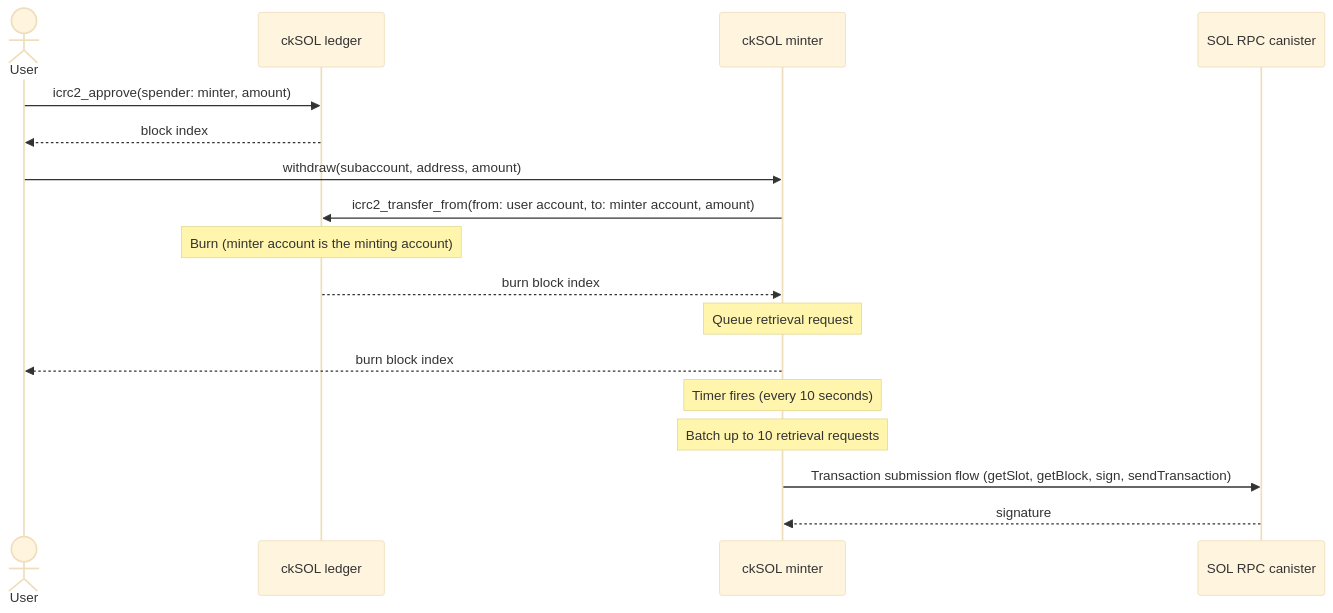
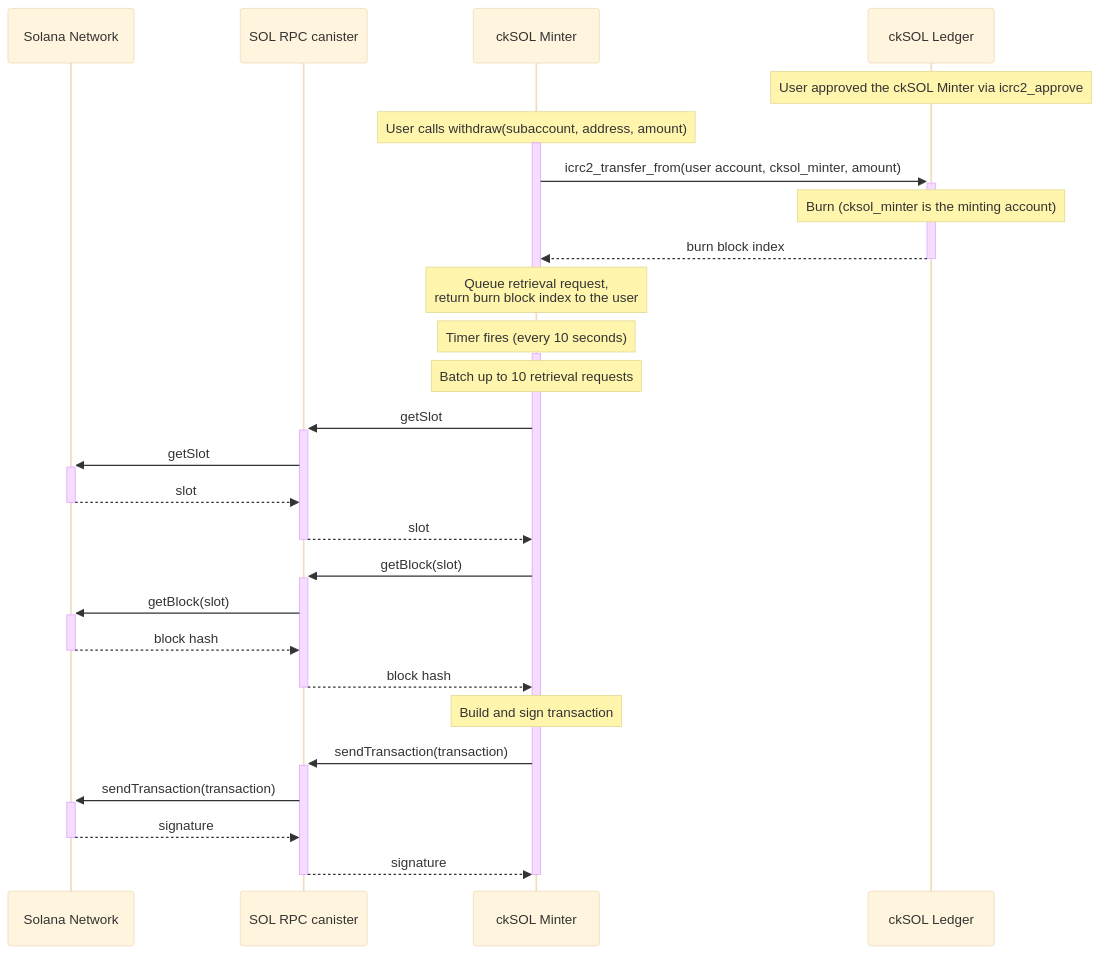
Before and after one commit to dfinity/cksol: the fifth of 7 diagrams in docs/design.md, drawn with Mermaid (base theme).

Commit message:
docs: match the withdrawal flow diagram to the original figure
Claude-Session: https://claude.ai/code/session_01VpFpbJ5sgNutGGJUQ5dmkr

````diff
--- a/docs/design.md
+++ b/docs/design.md
@@ -379,21 +379,34 @@
 ```mermaid
 sequenceDiagram
-    actor User
-    participant Ledger as ckSOL ledger
-    participant Minter as ckSOL minter
+    participant Solana as Solana Network
     participant RPC as SOL RPC canister
+    participant Minter as ckSOL Minter
+    participant Ledger as ckSOL Ledger
 
-    User->>Ledger: icrc2_approve(spender: minter, amount)
-    Ledger-->>User: block index
-    User->>Minter: withdraw(subaccount, address, amount)
-    Minter->>Ledger: icrc2_transfer_from(from: user account, to: minter account, amount)
-    Note over Ledger: Burn (minter account is the minting account)
-    Ledger-->>Minter: burn block index
-    Note over Minter: Queue retrieval request
-    Minter-->>User: burn block index
+    Note over Ledger: User approved the ckSOL Minter via icrc2_approve
+    Note over Minter: User calls withdraw(subaccount, address, amount)
+    activate Minter
+    Minter->>+Ledger: icrc2_transfer_from(user account, cksol_minter, amount)
+    Note over Ledger: Burn (cksol_minter is the minting account)
+    Ledger-->>-Minter: burn block index
+    Note over Minter: Queue retrieval request,<br/>return burn block index to the user
+    deactivate Minter
 
     Note over Minter: Timer fires (every 10 seconds)
+    activate Minter
     Note over Minter: Batch up to 10 retrieval requests
-    Minter->>RPC: Transaction submission flow (getSlot, getBlock, sign, sendTransaction)
-    RPC-->>Minter: signature
+    Minter->>+RPC: getSlot
+    RPC->>+Solana: getSlot
+    Solana-->>-RPC: slot
+    RPC-->>-Minter: slot
+    Minter->>+RPC: getBlock(slot)
+    RPC->>+Solana: getBlock(slot)
+    Solana-->>-RPC: block hash
+    RPC-->>-Minter: block hash
+    Note over Minter: Build and sign transaction
+    Minter->>+RPC: sendTransaction(transaction)
+    RPC->>+Solana: sendTransaction(transaction)
+    Solana-->>-RPC: signature
+    RPC-->>-Minter: signature
+    deactivate Minter
 ```
````
